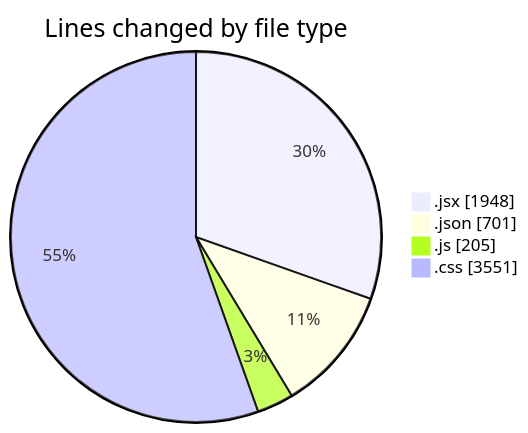
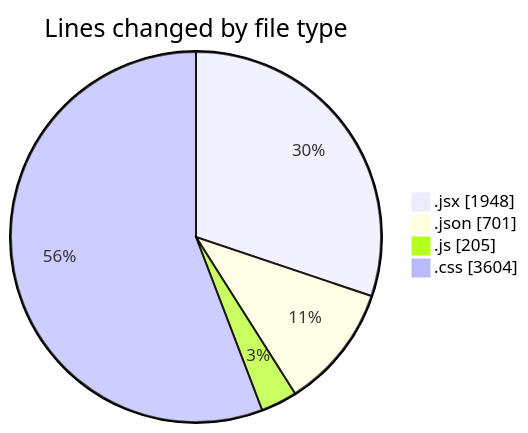
One commit to BS-eng2023/code-tracking changed the first of 2 diagrams in 2025-05-04/project/README.md. Above: the diagram before and after it, drawn with Mermaid. The commit also changed other lines of this file and 1 other file, not shown here.

````diff
--- a/2025-05-04/project/README.md
+++ b/2025-05-04/project/README.md
@@ -43,8 +43,8 @@
 ```mermaid
 pie showData
 title Lines changed by file type
 ".jsx" : 1948
 ".json" : 701
 ".js" : 205
-".css" : 3551
+".css" : 3604
 ```
````
